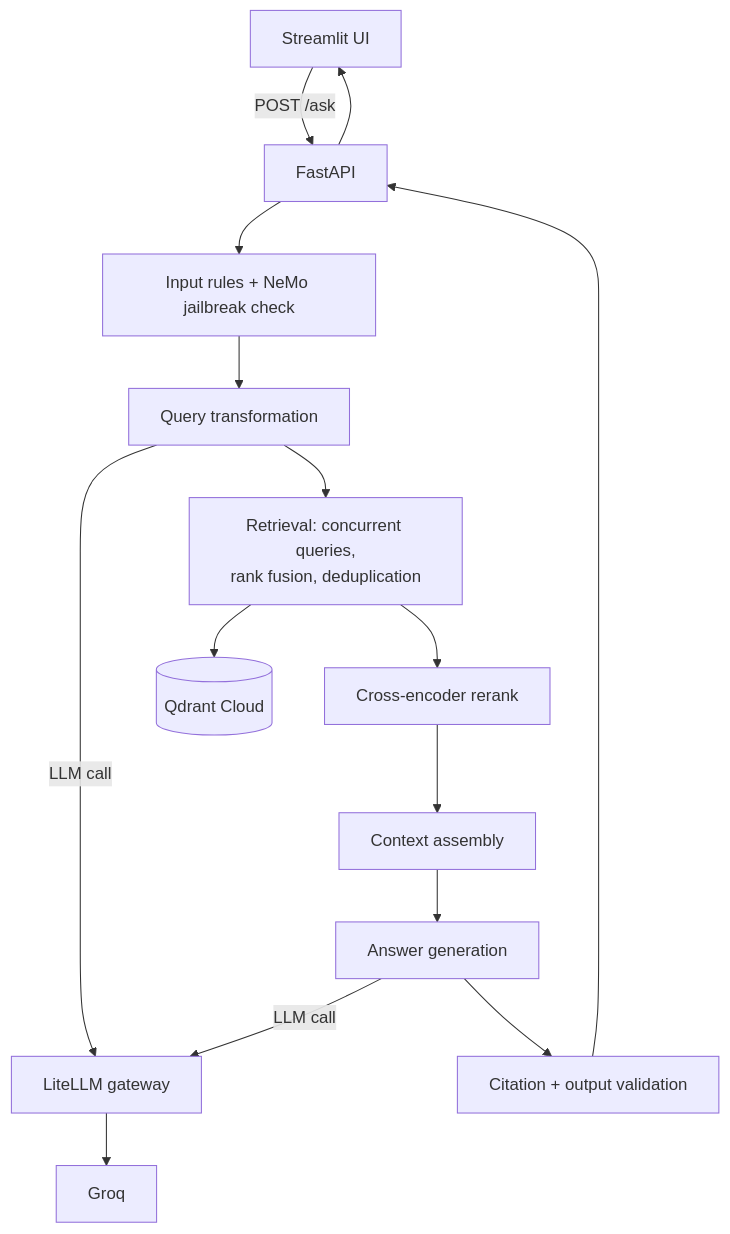
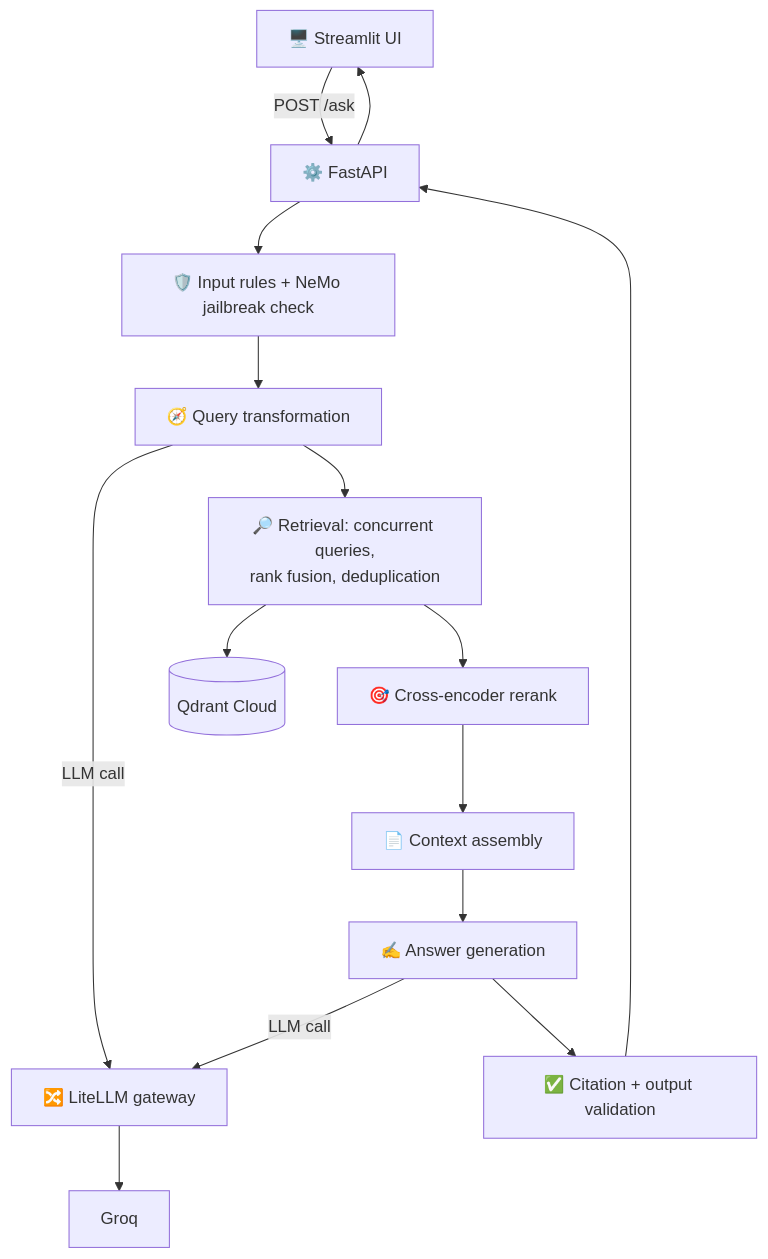
The second of 2 diagrams in README.md (UmairDevloper/FastAPI-Production-RAG), drawn with Mermaid before and after one commit. The commit also changed other lines of this file, not shown here.

````diff
--- a/README.md
+++ b/README.md
@@ -27,17 +217,17 @@
 ```mermaid
 flowchart TD
-    UI[Streamlit UI] -->|POST /ask| API[FastAPI]
-    API --> SEC[Input rules + NeMo jailbreak check]
-    SEC --> QT[Query transformation]
-    QT -->|LLM call| GW[LiteLLM gateway]
-    QT --> RET[Retrieval: concurrent queries,<br/>rank fusion, deduplication]
+    UI[🖥️ Streamlit UI] -->|POST /ask| API[⚙️ FastAPI]
+    API --> SEC[🛡️ Input rules + NeMo jailbreak check]
+    SEC --> QT[🧭 Query transformation]
+    QT -->|LLM call| GW[🔀 LiteLLM gateway]
+    QT --> RET[🔎 Retrieval: concurrent queries,<br/>rank fusion, deduplication]
     RET --> QD[(Qdrant Cloud)]
-    RET --> RR[Cross-encoder rerank]
-    RR --> CTX[Context assembly]
-    CTX --> GEN[Answer generation]
+    RET --> RR[🎯 Cross-encoder rerank]
+    RR --> CTX[📄 Context assembly]
+    CTX --> GEN[✍️ Answer generation]
     GEN -->|LLM call| GW
     GW --> GROQ[Groq]
-    GEN --> VAL[Citation + output validation]
+    GEN --> VAL[✅ Citation + output validation]
     VAL --> API
     API --> UI
 ```
````
